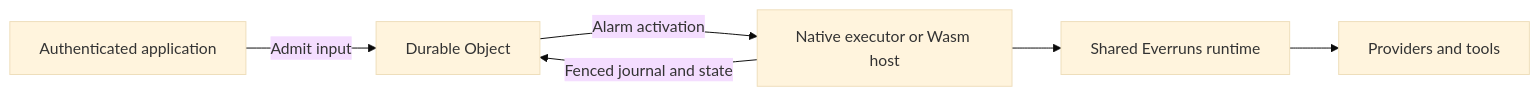
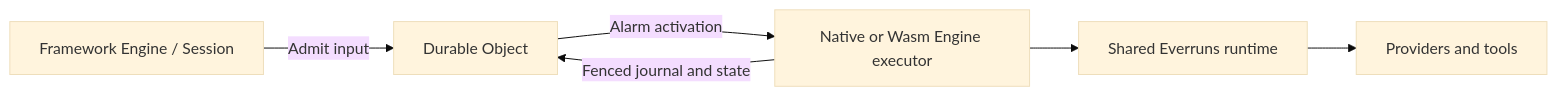
The diagram in docs/framework/durable-objects.mmd (everruns/everruns), drawn with Mermaid (base theme) before and after one commit. The commit also changed 78 other files, not shown here.

```diff
--- a/docs/framework/durable-objects.mmd
+++ b/docs/framework/durable-objects.mmd
@@ -1,8 +1,8 @@
 flowchart LR
   accTitle: Durable Object authority
-  accDescr: An authenticated application admits input to a Durable Object, whose alarm activates a native executor or Wasm host. The executor writes fenced journal and state back to the object, and runs the shared Everruns runtime with providers and tools.
-  A[Authenticated application] -->|Admit input| D[Durable Object]
-  D -->|Alarm activation| E[Native executor or Wasm host]
+  accDescr: A Framework Engine admits input to a Durable Object, whose alarm activates a native or Wasm Engine executor. The executor writes fenced journal and state back to the object, and runs the shared Everruns runtime with providers and tools.
+  A[Framework Engine / Session] -->|Admit input| D[Durable Object]
+  D -->|Alarm activation| E[Native or Wasm Engine executor]
   E -->|Fenced journal and state| D
   E --> R[Shared Everruns runtime]
   R --> T[Providers and tools]
```
